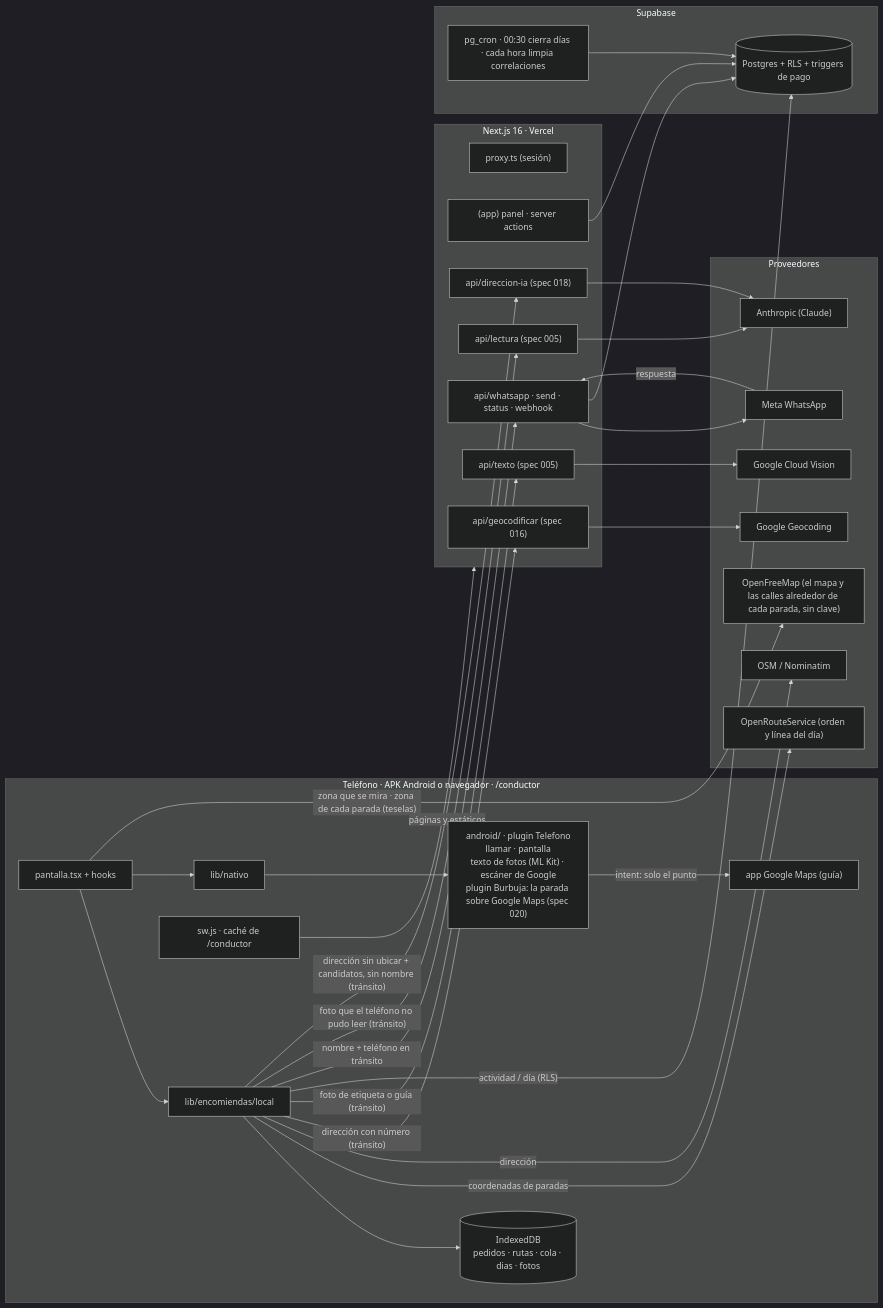
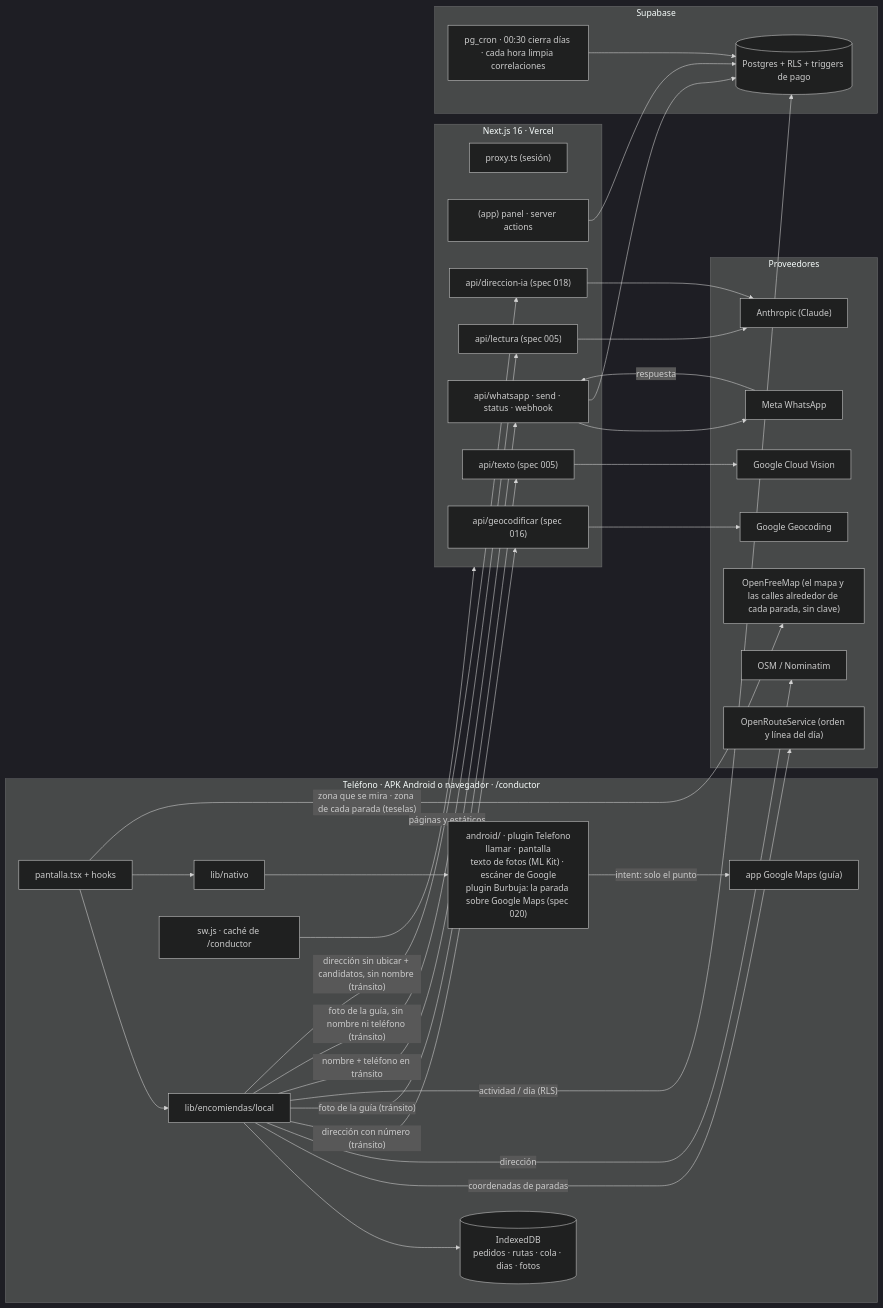
One commit to etianypr/ProyectoAres changed the first of 4 diagrams in docs/ARQUITECTURA.md. Above: the diagram before and after it, drawn with Mermaid (dark theme). The commit also changed other lines of this file and 26 other files, not shown here.

First line of the commit message:
Spec 021: la foto de la etiqueta se lee solo en el teléfono

````diff
--- a/docs/ARQUITECTURA.md
+++ b/docs/ARQUITECTURA.md
@@ -8,44 +8,44 @@
 ```mermaid
 flowchart LR
   subgraph TEL["Teléfono · APK Android o navegador · /conductor"]
     UI["pantalla.tsx + hooks"] --> LOCAL["lib/encomiendas/local"] --> IDB[("IndexedDB<br/>pedidos · rutas · cola · dias · fotos")]
     UI --> NAT["lib/nativo"] --> PLUG["android/ · plugin Telefono<br/>llamar · pantalla<br/>texto de fotos (ML Kit) · escáner de Google<br/>plugin Burbuja: la parada sobre Google Maps (spec 020)"]
     PLUG -- "intent: solo el punto" --> GMAPS["app Google Maps (guía)"]
     SW["sw.js · caché de /conductor"]
   end
   subgraph EXT["Proveedores"]
     OFM["OpenFreeMap (el mapa y las calles alrededor de cada parada, sin clave)"]
     ORS["OpenRouteService (orden y línea del día)"]
     OSM["OSM / Nominatim"]
     GOOGLE["Google Geocoding"]
     VISION["Google Cloud Vision"]
     META["Meta WhatsApp"]
     CLAUDE["Anthropic (Claude)"]
   end
   subgraph NEXT["Next.js 16 · Vercel"]
     PROXY["proxy.ts (sesión)"]
     PANEL["(app) panel · server actions"]
     API["api/whatsapp · send · status · webhook"]
     LECT["api/lectura (spec 005)"]
     GEO["api/geocodificar (spec 016)"]
     TXT["api/texto (spec 005)"]
     DIA["api/direccion-ia (spec 018)"]
   end
   subgraph SB["Supabase"]
     PG[("Postgres + RLS + triggers de pago")]
     CRON["pg_cron · 00:30 cierra días · cada hora limpia correlaciones"]
   end
   UI -- "zona que se mira · zona de cada parada (teselas)" --> OFM
   LOCAL -- "coordenadas de paradas" --> ORS
   LOCAL -- "dirección" --> OSM
   LOCAL -- "dirección con número (tránsito)" --> GEO --> GOOGLE
-  LOCAL -- "foto de etiqueta o guía (tránsito)" --> TXT --> VISION
+  LOCAL -- "foto de la guía (tránsito)" --> TXT --> VISION
   LOCAL -- "actividad / día (RLS)" --> PG
   LOCAL -- "nombre + teléfono en tránsito" --> API --> META
   META -- "respuesta" --> API --> PG
-  LOCAL -- "foto que el teléfono no pudo leer (tránsito)" --> LECT --> CLAUDE
+  LOCAL -- "foto de la guía, sin nombre ni teléfono (tránsito)" --> LECT --> CLAUDE
   LOCAL -- "dirección sin ubicar + candidatos, sin nombre (tránsito)" --> DIA --> CLAUDE
   PANEL --> PG
   CRON --> PG
   SW -- "páginas y estáticos" --> NEXT
 ```
````
